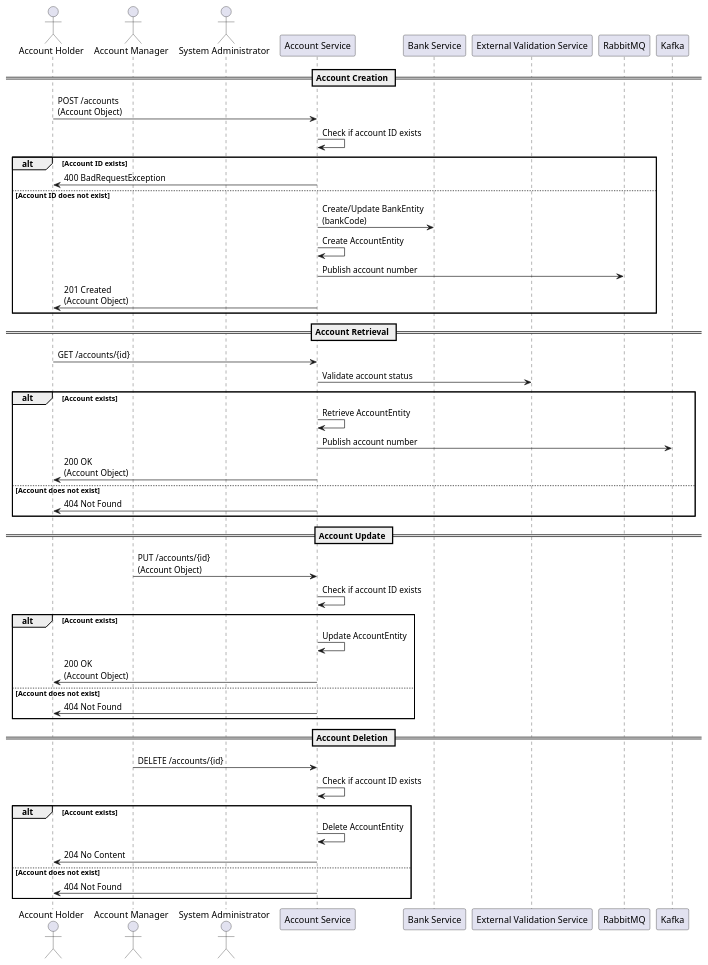
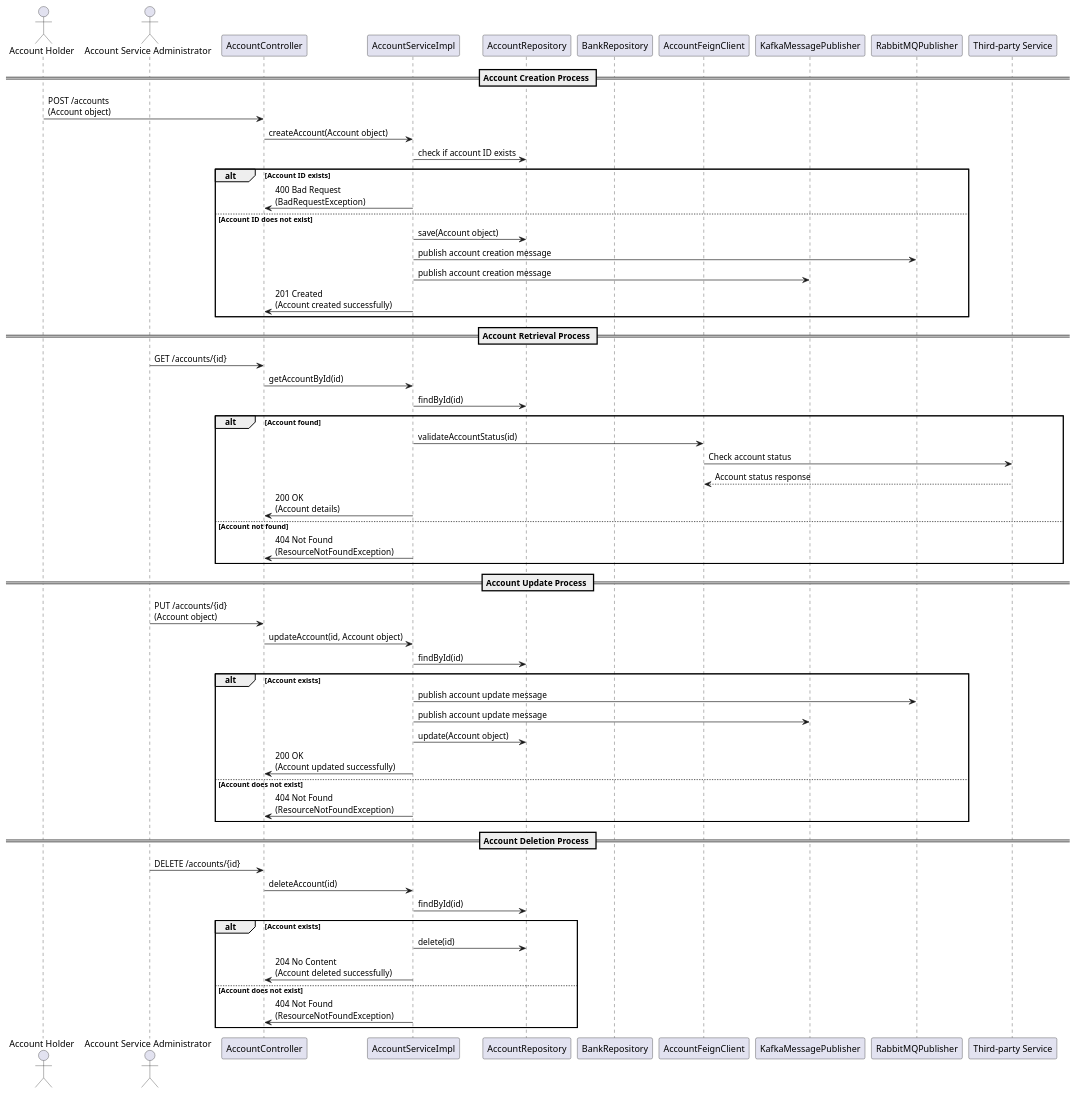
Before and after one commit to Bhaskar-Pavan/AccountService: the diagram in design_document/Account_service_demo.md, drawn with PlantUML. The commit also changed other lines of this file, not shown here.

````diff
--- a/design_document/Account_service_demo.md
+++ b/design_document/Account_service_demo.md
@@ -40,56 +40,66 @@
 ```plantuml
 @startuml
+
 actor "Account Holder" as AH
-actor "Account Manager" as AM
-actor "System Administrator" as SA
-participant "Account Service" as AS
-participant "Bank Service" as BS
-participant "External Validation Service" as EVS
-participant "RabbitMQ" as RMQ
-participant "Kafka" as KAFKA
+actor "Account Service Administrator" as ASA
+participant "AccountController" as AC
+participant "AccountServiceImpl" as AS
+participant "AccountRepository" as AR
+participant "BankRepository" as BR
+participant "AccountFeignClient" as AFC
+participant "KafkaMessagePublisher" as KMP
+participant "RabbitMQPublisher" as RMP
+participant "Third-party Service" as TPS
 
-== Account Creation ==
-AH -> AS : POST /accounts\n(Account Object)
-AS -> AS : Check if account ID exists
+== Account Creation Process ==
+AH -> AC : POST /accounts \n(Account object)
+AC -> AS : createAccount(Account object)
+AS -> AR : check if account ID exists
 alt Account ID exists
-    AS -> AH : 400 BadRequestException
+    AS -> AC : 400 Bad Request \n(BadRequestException)
 else Account ID does not exist
-    AS -> BS : Create/Update BankEntity\n(bankCode)
-    AS -> AS : Create AccountEntity
-    AS -> RMQ : Publish account number
-    AS -> AH : 201 Created\n(Account Object)
+    AS -> AR : save(Account object)
+    AS -> RMP : publish account creation message
+    AS -> KMP : publish account creation message
+    AS -> AC : 201 Created \n(Account created successfully)
 end
 
-== Account Retrieval ==
-AH -> AS : GET /accounts/{id}
-AS -> EVS : Validate account status
-alt Account exists
-    AS -> AS : Retrieve AccountEntity
-    AS -> KAFKA : Publish account number
-    AS -> AH : 200 OK\n(Account Object)
-else Account does not exist
-    AS -> AH : 404 Not Found
+== Account Retrieval Process ==
+ASA -> AC : GET /accounts/{id}
+AC -> AS : getAccountById(id)
+AS -> AR : findById(id)
+alt Account found
+    AS -> AFC : validateAccountStatus(id)
+    AFC -> TPS : Check account status
+    TPS --> AFC : Account status response
+    AS -> AC : 200 OK \n(Account details)
+else Account not found
+    AS -> AC : 404 Not Found \n(ResourceNotFoundException)
 end
 
-== Account Update ==
-AM -> AS : PUT /accounts/{id}\n(Account Object)
-AS -> AS : Check if account ID exists
+== Account Update Process ==
+ASA -> AC : PUT /accounts/{id} \n(Account object)
+AC -> AS : updateAccount(id, Account object)
+AS -> AR : findById(id)
 alt Account exists
-    AS -> AS : Update AccountEntity
-    AS -> AH : 200 OK\n(Account Object)
+    AS -> RMP : publish account update message
+    AS -> KMP : publish account update message
+    AS -> AR : update(Account object)
+    AS -> AC : 200 OK \n(Account updated successfully)
 else Account does not exist
-    AS -> AH : 404 Not Found
+    AS -> AC : 404 Not Found \n(ResourceNotFoundException)
 end
 
-== Account Deletion ==
-AM -> AS : DELETE /accounts/{id}
-AS -> AS : Check if account ID exists
+== Account Deletion Process ==
+ASA -> AC : DELETE /accounts/{id}
+AC -> AS : deleteAccount(id)
+AS -> AR : findById(id)
 alt Account exists
-    AS -> AS : Delete AccountEntity
-    AS -> AH : 204 No Content
+    AS -> AR : delete(id)
+    AS -> AC : 204 No Content \n(Account deleted successfully)
 else Account does not exist
-    AS -> AH : 404 Not Found
+    AS -> AC : 404 Not Found \n(ResourceNotFoundException)
 end
 
 @enduml
 ```
````
